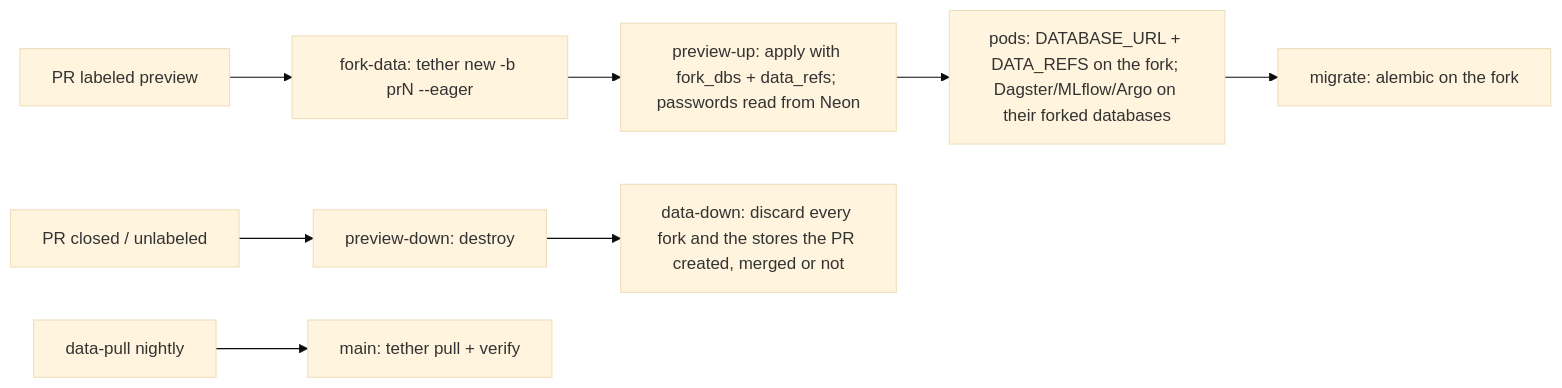
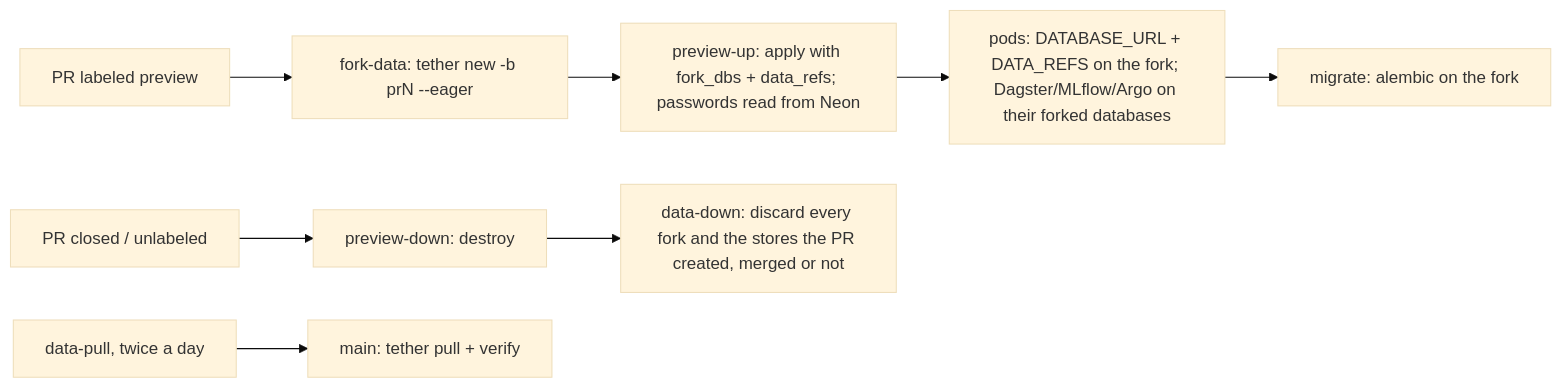
The second of 2 diagrams in README.md (Rosebud-Biosciences/lab-platform-template-app), drawn with Mermaid (base theme) before and after one commit. The commit also changed other lines of this file and 1 other file, not shown here.

Commit message:
data-pull: gated on the stores' config rather than the cluster, and twice a day for margin inside Neon's history

````diff
--- a/README.md
+++ b/README.md
@@ -379,10 +379,10 @@
 ```mermaid
 flowchart LR
   Label[PR labeled preview] --> Fork[fork-data: tether new -b prN --eager]
   Fork --> Up[preview-up: apply with fork_dbs + data_refs; passwords read from Neon]
   Up --> Pods[pods: DATABASE_URL + DATA_REFS on the fork; Dagster/MLflow/Argo on their forked databases]
   Pods --> Migrate[migrate: alembic on the fork]
   Close[PR closed / unlabeled] --> Destroy[preview-down: destroy]
   Destroy --> DataDown[data-down: discard every fork and the stores the PR created, merged or not]
-  Nightly[data-pull nightly] --> Main[main: tether pull + verify]
+  Pull[data-pull, twice a day] --> Main[main: tether pull + verify]
 ```
````
